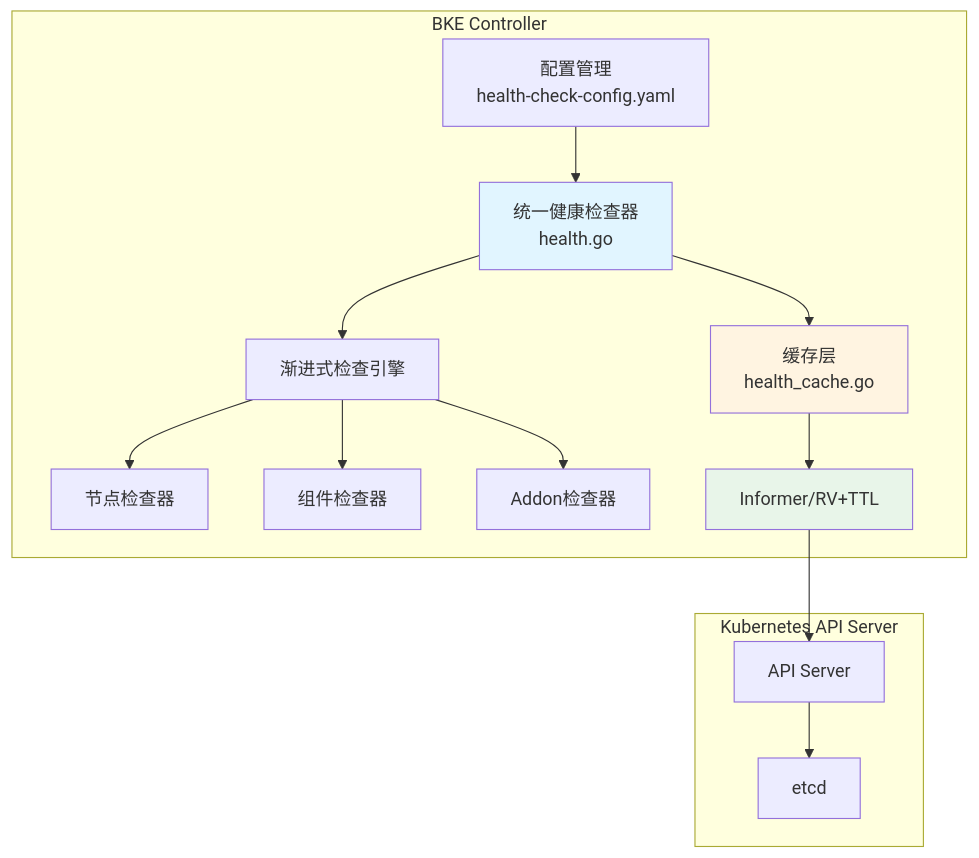
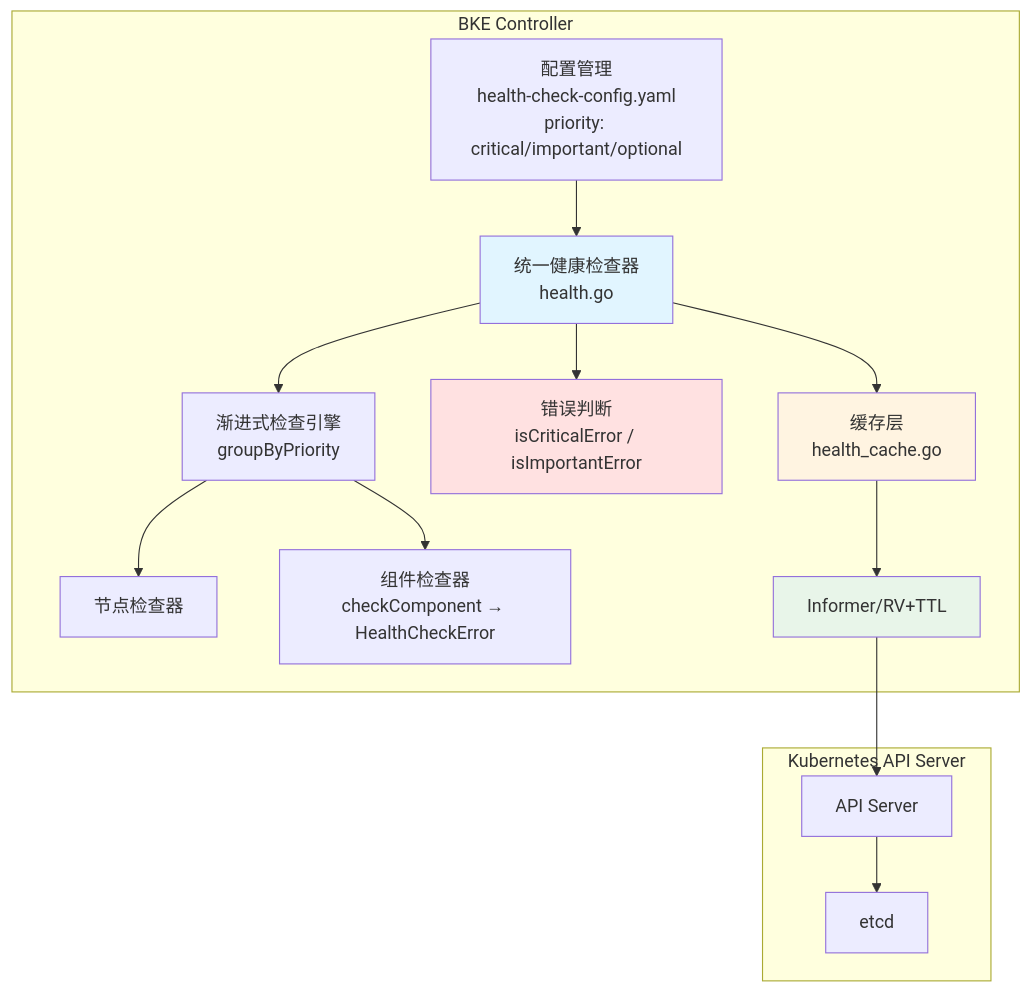
The first of 7 diagrams in code/performance/report/health-check-convergence.md (javadoors/cluster-api-provider-bke), drawn with Mermaid before and after one commit. The commit also changed other lines of this file, not shown here.

````diff
--- a/code/performance/report/health-check-convergence.md
+++ b/code/performance/report/health-check-convergence.md
@@ -772,24 +1079,25 @@
 ```mermaid
 graph TB
     subgraph "BKE Controller"
-        A[配置管理<br/>health-check-config.yaml] --> B[统一健康检查器<br/>health.go]
-        B --> C[渐进式检查引擎]
+        A[配置管理<br/>health-check-config.yaml<br/>priority: critical/important/optional] --> B[统一健康检查器<br/>health.go]
+        B --> C[渐进式检查引擎<br/>groupByPriority]
         C --> D[节点检查器]
-        C --> E[组件检查器]
-        C --> F[Addon检查器]
+        C --> E[组件检查器<br/>checkComponent → HealthCheckError]
+        B --> F[错误判断<br/>isCriticalError / isImportantError]
         B --> G[缓存层<br/>health_cache.go]
         G --> H[Informer/RV+TTL]
     end
     
     subgraph "Kubernetes API Server"
         I[API Server]
         J[etcd]
     end
     
     H --> I
     I --> J
     
     style B fill:#e1f5ff
     style G fill:#fff4e1
     style H fill:#e8f5e9
+    style F fill:#ffe1e1
 ```
````
